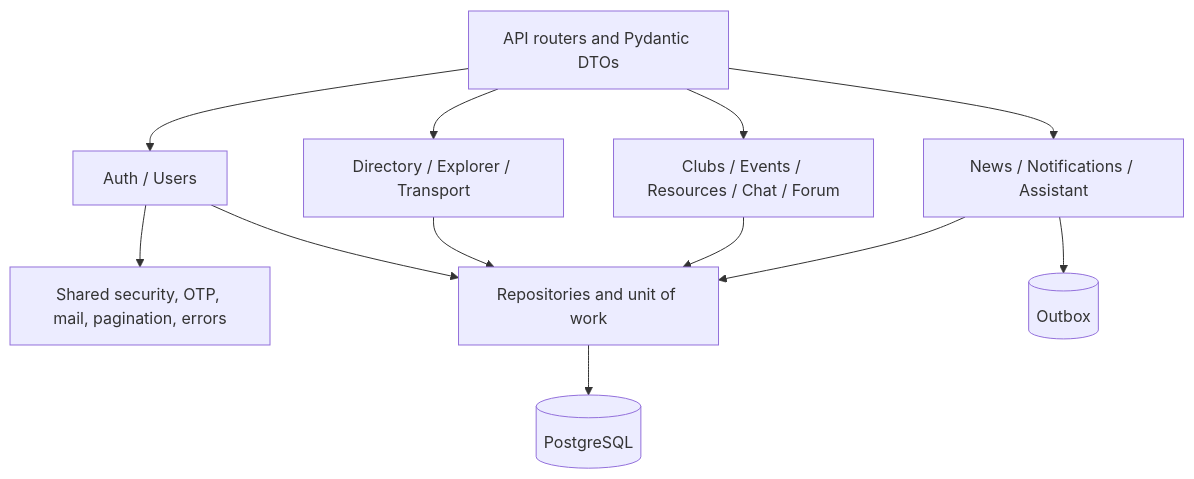
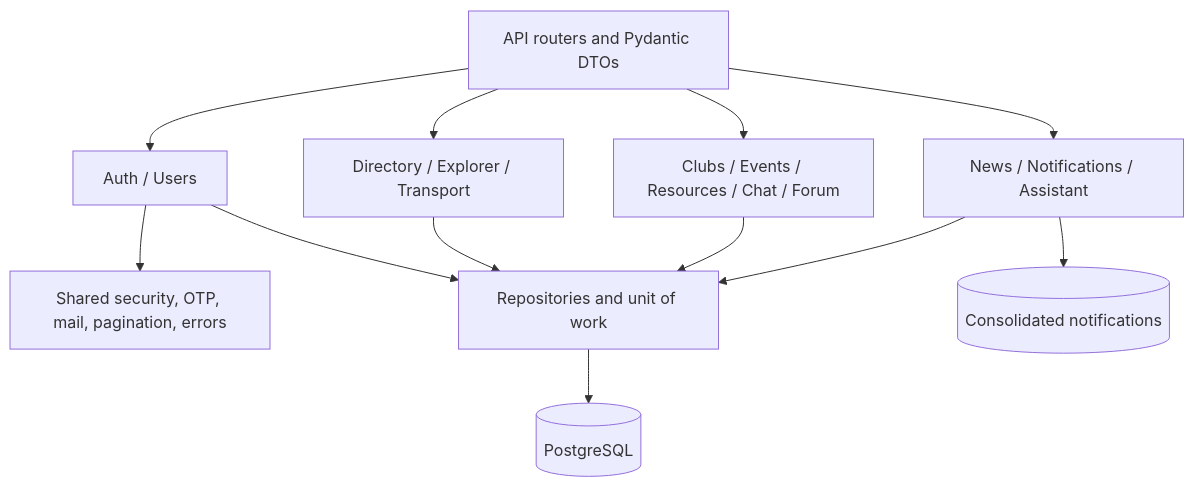
One commit to anindya357/UniCircle changed the second of 2 diagrams in docs/design/HLD.md. Above: the diagram before and after it, drawn with Mermaid. The commit also changed other lines of this file and 18 other files, not shown here.

````diff
--- a/docs/design/HLD.md
+++ b/docs/design/HLD.md
@@ -46,14 +46,14 @@
 ```mermaid
 flowchart TB
     Router[API routers and Pydantic DTOs] --> Auth[Auth / Users]
     Router --> Campus[Directory / Explorer / Transport]
     Router --> Community[Clubs / Events / Resources / Chat / Forum]
     Router --> Content[News / Notifications / Assistant]
     Auth --> Shared[Shared security, OTP, mail, pagination, errors]
     Campus --> Repos[Repositories and unit of work]
     Community --> Repos
     Content --> Repos
     Auth --> Repos
     Repos --> PG[(PostgreSQL)]
-    Content --> Outbox[(Outbox)]
+    Content --> Inbox[(Consolidated notifications)]
 ```
````
